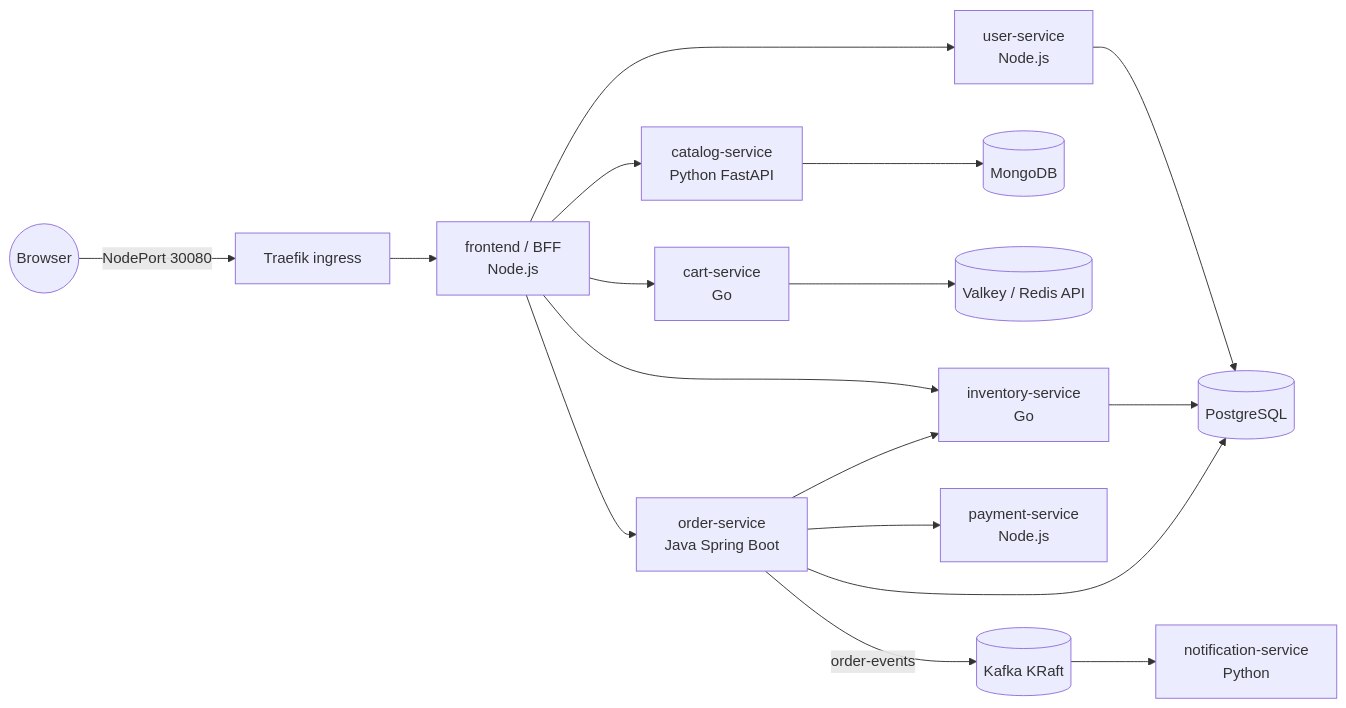
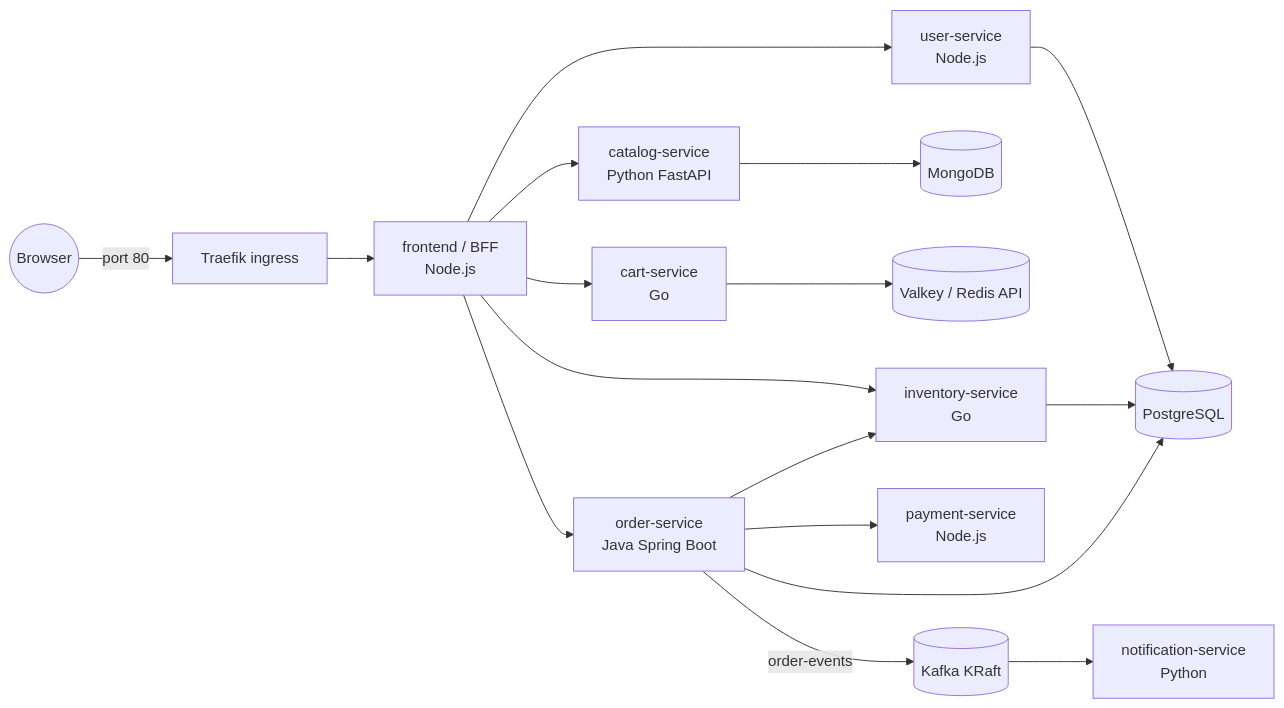
Before and after one commit to jttadmin/Jhanvi-Trends: the diagram in README.md, drawn with Mermaid. The commit also changed other lines of this file and 8 other files, not shown here.

````diff
--- a/README.md
+++ b/README.md
@@ -6,14 +6,14 @@
 ```mermaid
 flowchart LR
-  user((Browser)) -->|NodePort 30080| traefik[Traefik ingress]
+  user((Browser)) -->|port 80| traefik[Traefik ingress]
   traefik --> fe[frontend / BFF<br/>Node.js]
   fe --> us[user-service<br/>Node.js] --> pg[(PostgreSQL)]
   fe --> cat[catalog-service<br/>Python FastAPI] --> mongo[(MongoDB)]
   fe --> cart[cart-service<br/>Go] --> redis[(Valkey / Redis API)]
   fe --> inv[inventory-service<br/>Go] --> pg
   fe --> ord[order-service<br/>Java Spring Boot] --> pg
   ord --> inv
   ord --> pay[payment-service<br/>Node.js]
   ord -->|order-events| kafka[(Kafka KRaft)]
   kafka --> notif[notification-service<br/>Python]
 ```
````
